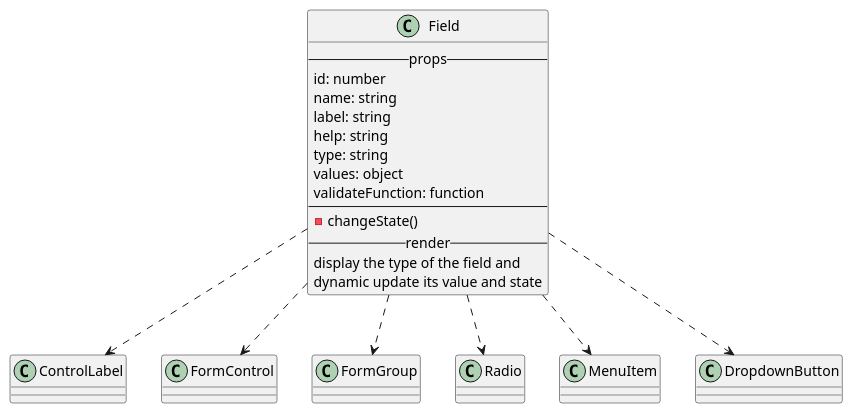
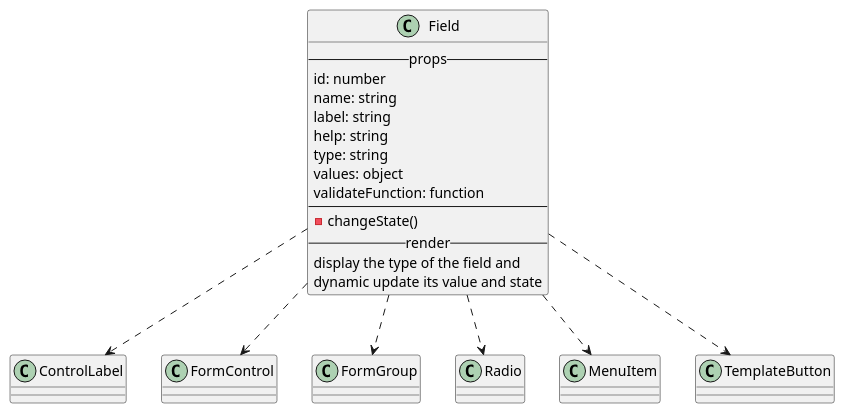
The diagram in react/custom/field.iuml (M9k/Marvin-Uml), drawn with PlantUML before and after one commit. The commit also changed 20 other files, not shown here.

```diff
--- a/react/custom/field.iuml
+++ b/react/custom/field.iuml
@@ -1,21 +1,21 @@
 class Field{
     --props--
         id: number
         name: string
         label: string
         help: string
         type: string
         values: object
         validateFunction: function
     ----
         - changeState()
     --render--
         display the type of the field and
         dynamic update its value and state
 }
 Field ..> ControlLabel
 Field ..> FormControl
 Field ..> FormGroup
 Field ..> Radio
 Field ..> MenuItem
-Field ..> DropdownButton
+Field ..> TemplateButton
```
